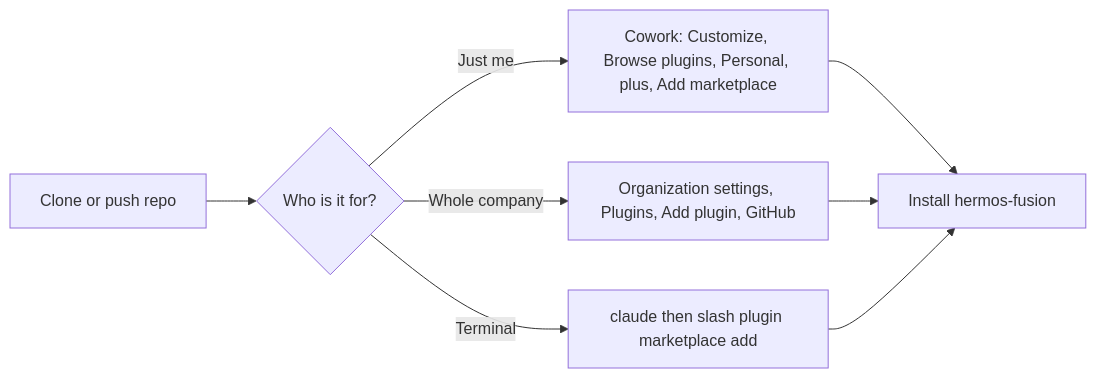
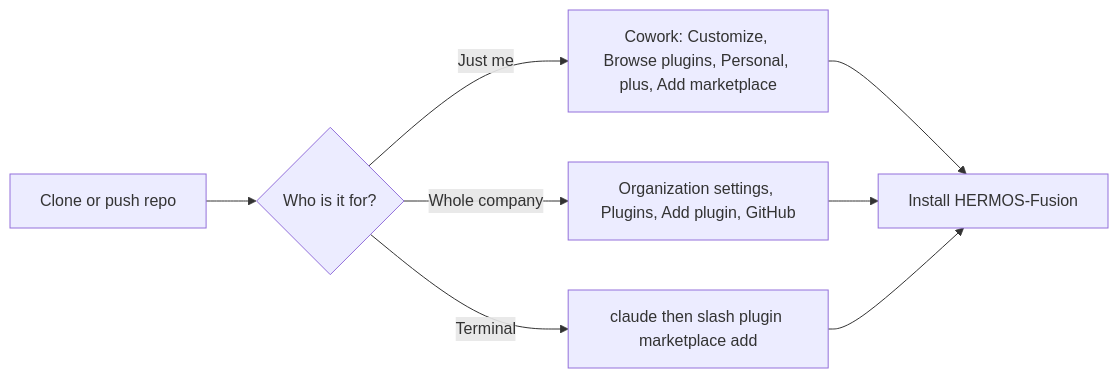
Before and after one commit to Hermos-AG/hermos-ai-marketplace: the third of 4 diagrams in README.md, drawn with Mermaid. The commit also changed other lines of this file and 12 other files, not shown here.

Commit message:
feat(catalog): HERMOS durchgehend gross, Fusion-Plugin heisst HERMOS-Fusion (1.6.1) (#7)

````diff
--- a/README.md
+++ b/README.md
@@ -169,10 +169,10 @@
 ```mermaid
 flowchart LR
     A["Clone or push repo"] --> B{"Who is it for?"}
     B -->|"Just me"| C["Cowork: Customize, Browse plugins, Personal, plus, Add marketplace"]
     B -->|"Whole company"| D["Organization settings, Plugins, Add plugin, GitHub"]
     B -->|"Terminal"| E["claude then slash plugin marketplace add"]
-    C --> F["Install hermos-fusion"]
+    C --> F["Install HERMOS-Fusion"]
     D --> F
     E --> F
 ```
````
